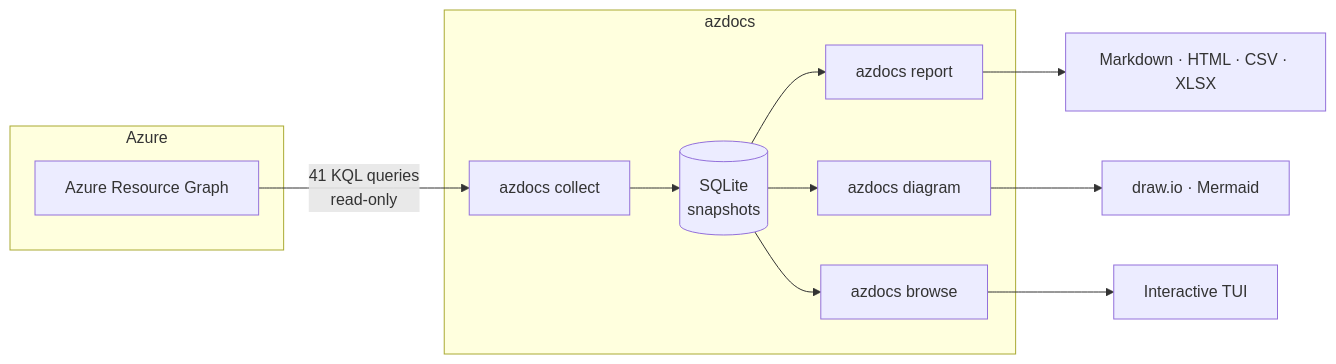
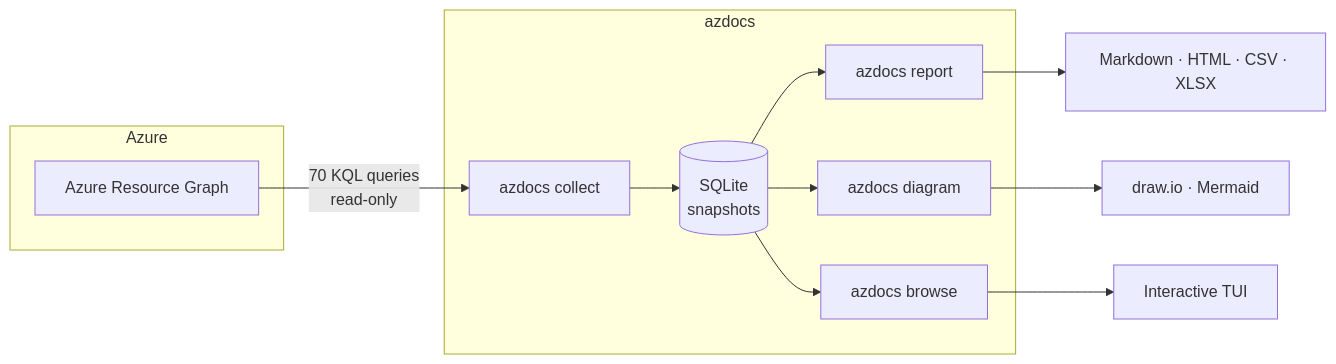
The diagram in docs/README.md (russmckendrick/azdocs), drawn with Mermaid before and after one commit. The commit also changed other lines of this file and 7 other files, not shown here.

````diff
--- a/docs/README.md
+++ b/docs/README.md
@@ -7,21 +7,21 @@
 ```mermaid
 flowchart LR
     subgraph Azure
         ARG[Azure Resource Graph]
     end
     subgraph azdocs
         collect[azdocs collect]
         db[(SQLite<br/>snapshots)]
         report[azdocs report]
         diagram[azdocs diagram]
         browse[azdocs browse]
     end
-    ARG -->|41 KQL queries<br/>read-only| collect
+    ARG -->|70 KQL queries<br/>read-only| collect
     collect --> db
     db --> report
     db --> diagram
     db --> browse
     report --> docs_out[Markdown · HTML · CSV · XLSX]
     diagram --> diag_out[draw.io · Mermaid]
     browse --> tui[Interactive TUI]
 ```
````
